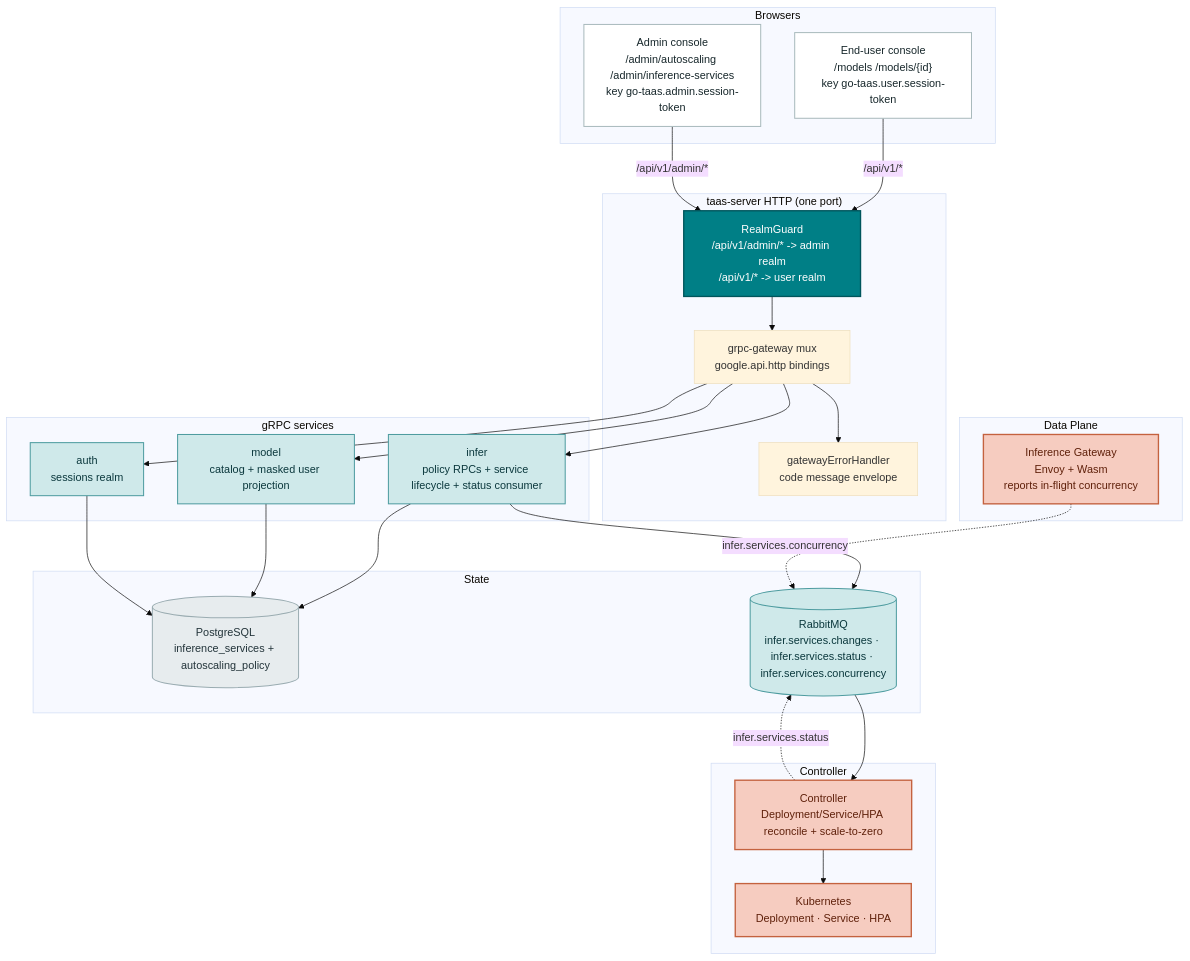
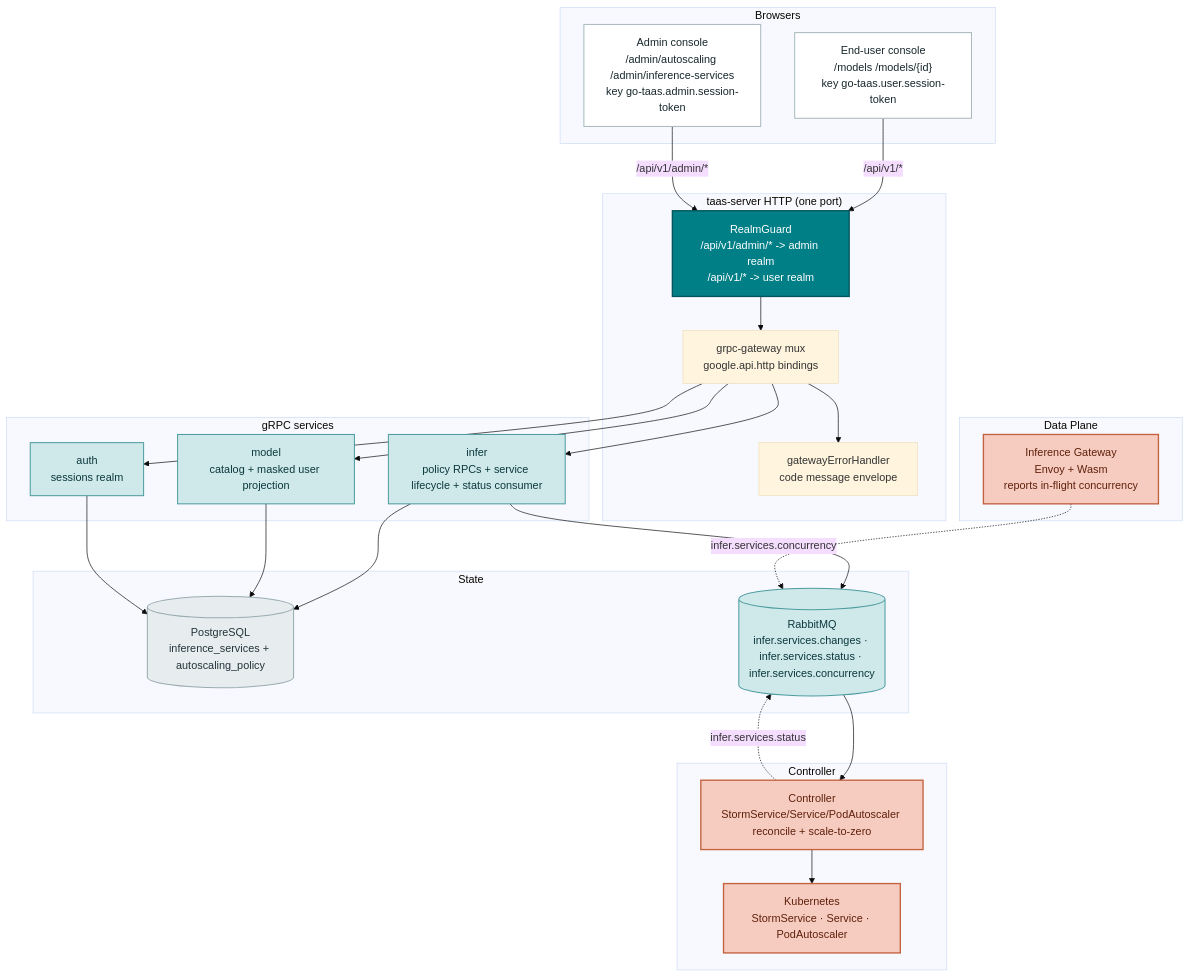
Before and after one commit to go-taas/go-taas: the first of 5 diagrams in site/docs/architecture/inference-autoscaling.md, drawn with Mermaid (base theme). The commit also changed other lines of this file and 41 other files, not shown here.

````diff
--- a/site/docs/architecture/inference-autoscaling.md
+++ b/site/docs/architecture/inference-autoscaling.md
@@ -79,59 +79,59 @@
 ```mermaid
 flowchart TD
     subgraph browsers["Browsers"]
         UC["End-user console<br/>/models /models/{id}<br/>key go-taas.user.session-token"]
         AC["Admin console<br/>/admin/autoscaling /admin/inference-services<br/>key go-taas.admin.session-token"]
     end
 
     subgraph gateway["taas-server HTTP (one port)"]
         GUARD["RealmGuard<br/>/api/v1/admin/* -> admin realm<br/>/api/v1/* -> user realm"]
         MUX["grpc-gateway mux<br/>google.api.http bindings"]
         ERR["gatewayErrorHandler<br/>code message envelope"]
     end
 
     subgraph services["gRPC services"]
         INFER["infer<br/>policy RPCs + service lifecycle + status consumer"]
         MODEL["model<br/>catalog + masked user projection"]
         AUTH["auth<br/>sessions realm"]
     end
 
     subgraph stores["State"]
         PG[("PostgreSQL<br/>inference_services + autoscaling_policy")]
         MQ[("RabbitMQ<br/>infer.services.changes · infer.services.status · infer.services.concurrency")]
     end
 
     subgraph ctrl["Controller"]
-        CTRL["Controller<br/>Deployment/Service/HPA reconcile + scale-to-zero"]
-        K8S["Kubernetes<br/>Deployment · Service · HPA"]
+        CTRL["Controller<br/>StormService/Service/PodAutoscaler reconcile + scale-to-zero"]
+        K8S["Kubernetes<br/>StormService · Service · PodAutoscaler"]
     end
 
     subgraph dp["Data Plane"]
         DGW["Inference Gateway<br/>Envoy + Wasm<br/>reports in-flight concurrency"]
     end
 
     UC -->|"/api/v1/*"| GUARD
     AC -->|"/api/v1/admin/*"| GUARD
     GUARD --> MUX
     MUX --> ERR
     MUX --> INFER
     MUX --> MODEL
     MUX --> AUTH
     INFER --> PG
     INFER --> MQ
     MODEL --> PG
     AUTH --> PG
     MQ --> CTRL
     CTRL --> K8S
     DGW -.->|"infer.services.concurrency"| MQ
     CTRL -.->|"infer.services.status"| MQ
     classDef consumer fill:#FFFFFF,stroke:#A9BABD,stroke-width:1.5px,color:#17272B
     classDef edge fill:#007F86,stroke:#00565C,stroke-width:2px,color:#FFFFFF
     classDef svc fill:#CFE9EA,stroke:#4E9CA0,stroke-width:1.5px,color:#0B383D
     classDef store fill:#E7ECEE,stroke:#9AACB1,stroke-width:1.5px,color:#23343A
     classDef dpg fill:#F6CCC0,stroke:#C4623F,stroke-width:2px,color:#5F200A
     class UC,AC consumer
     class GUARD edge
     class INFER,MODEL,AUTH,MQ svc
     class PG store
     class CTRL,K8S,DGW dpg
 ```
````
